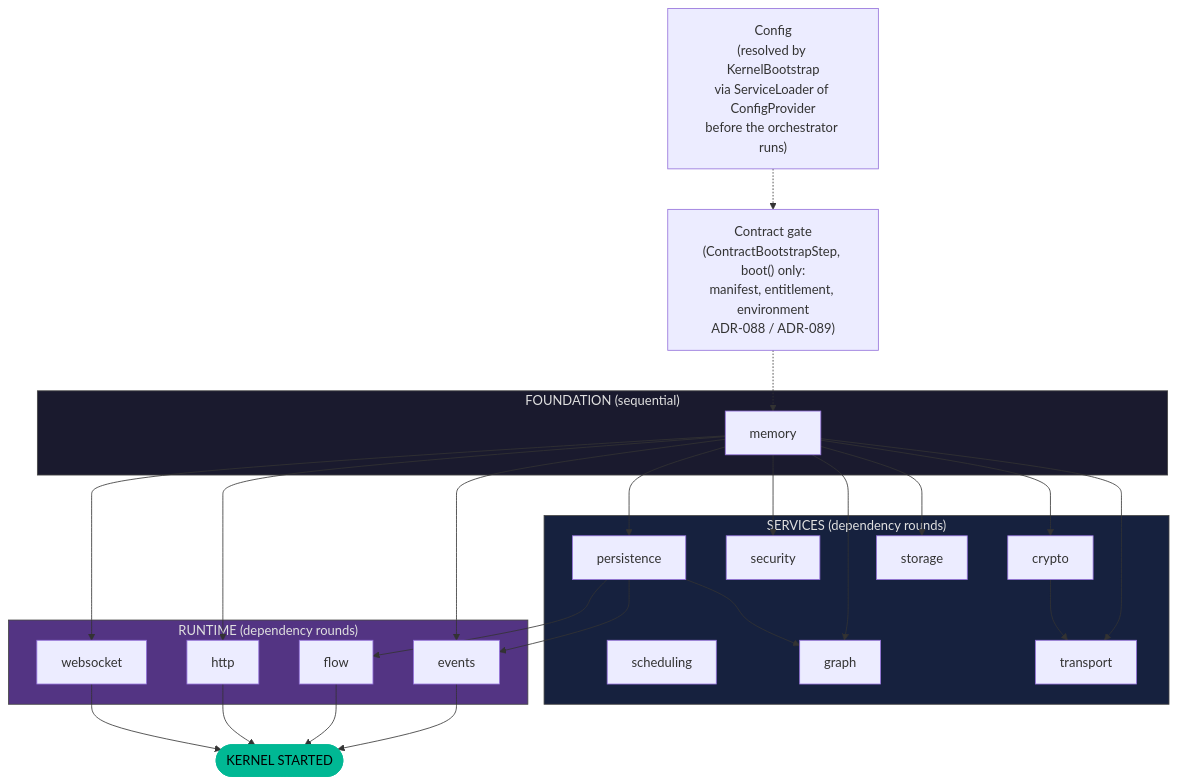
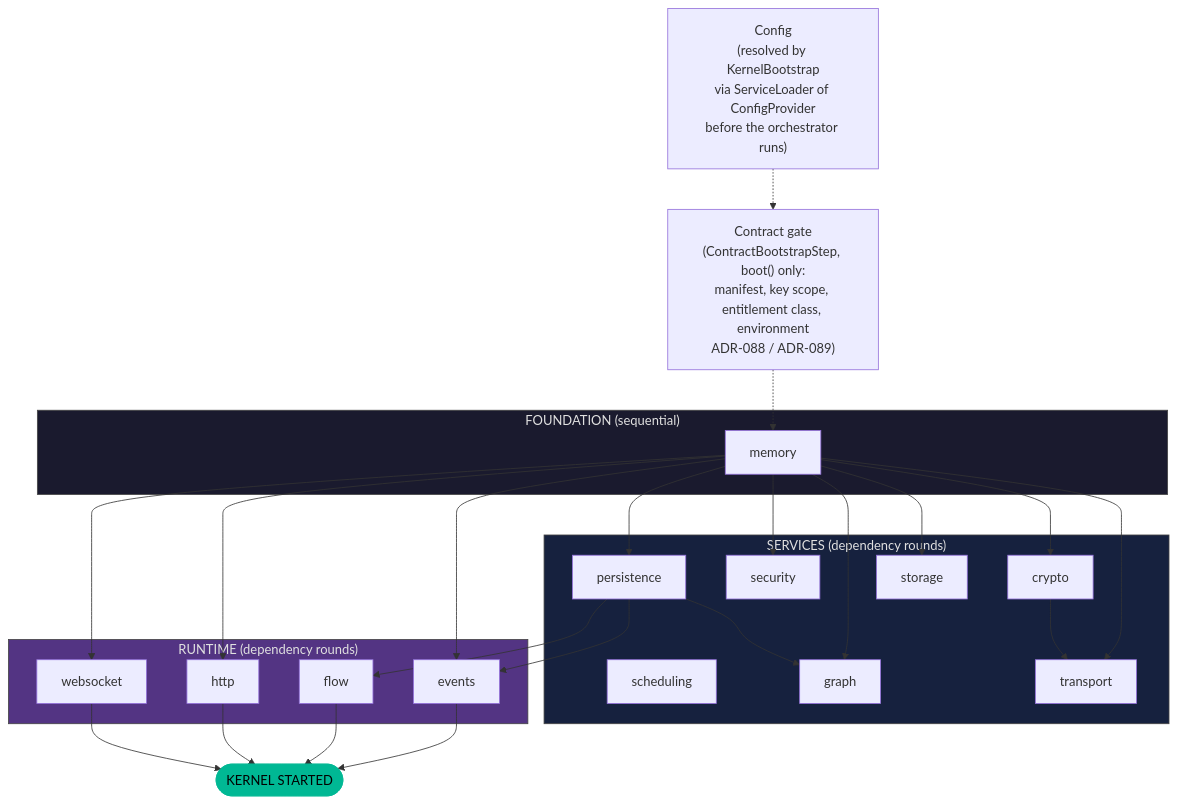
The first of 4 diagrams in docs/subsystems/bootstrap.md (exeris-systems/exeris-kernel), drawn with Mermaid before and after one commit. The commit also changed other lines of this file and 11 other files, not shown here.

First line of the commit message:
docs(contract): describe scoped issuer keys, the entitlement class and halting in every environment

````diff
--- a/docs/subsystems/bootstrap.md
+++ b/docs/subsystems/bootstrap.md
@@ -113,41 +113,41 @@
 ```mermaid
 flowchart TD
     CFG["Config<br/>(resolved by KernelBootstrap<br/>via ServiceLoader of ConfigProvider<br/>before the orchestrator runs)"]
-    LIC["Contract gate<br/>(ContractBootstrapStep, boot() only:<br/>manifest, entitlement, environment<br/>ADR-088 / ADR-089)"]
+    LIC["Contract gate<br/>(ContractBootstrapStep, boot() only:<br/>manifest, key scope, entitlement class, environment<br/>ADR-088 / ADR-089)"]
 
     subgraph FOUNDATION["FOUNDATION (sequential)"]
         MEM[memory]
     end
 
     subgraph SERVICES["SERVICES (dependency rounds)"]
         CRP[crypto]
         SEC[security]
         PER[persistence]
         SCH[scheduling]
         STO[storage]
         GRP[graph]
         TRP[transport]
     end
 
     subgraph RUNTIME["RUNTIME (dependency rounds)"]
         EVT[events]
         FLW[flow]
         HTTP[http]
         WS[websocket]
     end
 
     CFG -.-> LIC
     LIC -.-> MEM
     MEM --> CRP & SEC & PER & STO & GRP & TRP
     CRP --> TRP
     PER --> GRP
     MEM --> EVT & HTTP & WS
     PER --> EVT & FLW
 
     EVT & FLW & HTTP & WS --> RDY([KERNEL STARTED])
 
     style FOUNDATION fill:#1a1a2e,color:#e0e0e0,stroke:#444
     style SERVICES fill:#16213e,color:#e0e0e0,stroke:#444
     style RUNTIME fill:#533483,color:#e0e0e0,stroke:#444
     style RDY fill:#00b894,color:#000,stroke:#00b894
 ```
````
